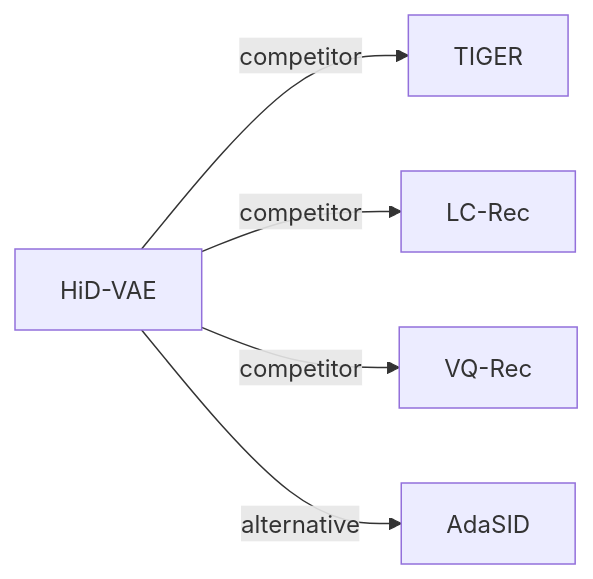
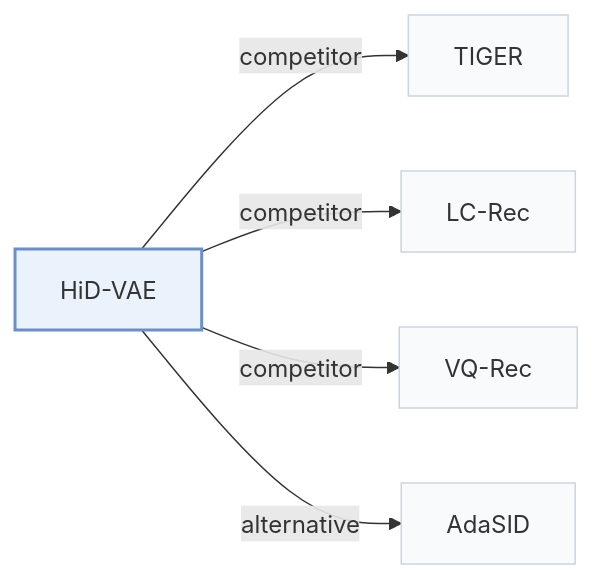
The third of 3 diagrams in pages/papers/hid-vae.md (Galaxy-ghost/Awesome-SID-Generative-Rec), drawn with Mermaid before and after one commit. The commit also changed other lines of this file and 649 other files, not shown here.

Commit message:
writer-05: also tags and modality index (schema, check, build, visuals); summary field removed; calibration data for 12 papers

````diff
--- a/pages/papers/hid-vae.md
+++ b/pages/papers/hid-vae.md
@@ -126,8 +139,12 @@
 ```mermaid
 flowchart LR
     P["HiD-VAE"]
-    P -->|competitor| A["TIGER"]
-    P -->|competitor| B["LC-Rec"]
-    P -->|competitor| C["VQ-Rec"]
-    P -->|alternative| D["AdaSID"]
+    P -->|"competitor"| A["TIGER"]
+    P -->|"competitor"| B["LC-Rec"]
+    P -->|"competitor"| C["VQ-Rec"]
+    P -->|"alternative"| D["AdaSID"]
+    classDef main fill:#eaf2fb,stroke:#6b8fc7,stroke-width:2px
+    classDef peer fill:#f8fafc,stroke:#cbd5e1
+    class P main
+    class A,B,C,D peer
 ```
````
